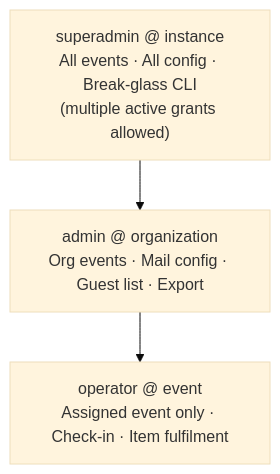
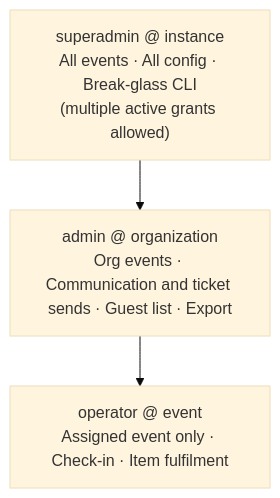
Before and after one commit to solarssk/admitto: the diagram in docs/security/SECURITY-CONTROLS.md, drawn with Mermaid (base theme). The commit also changed other lines of this file and 40 other files, not shown here.

````diff
--- a/docs/security/SECURITY-CONTROLS.md
+++ b/docs/security/SECURITY-CONTROLS.md
@@ -62,7 +63,7 @@
 ```mermaid
 flowchart TB
     SA["superadmin @ instance\nAll events · All config · Break-glass CLI\n(multiple active grants allowed)"]
-    A["admin @ organization\nOrg events · Mail config · Guest list · Export"]
+    A["admin @ organization\nOrg events · Communication and ticket sends · Guest list · Export"]
     O["operator @ event\nAssigned event only · Check-in · Item fulfilment"]
     SA --> A --> O
 ```
````
